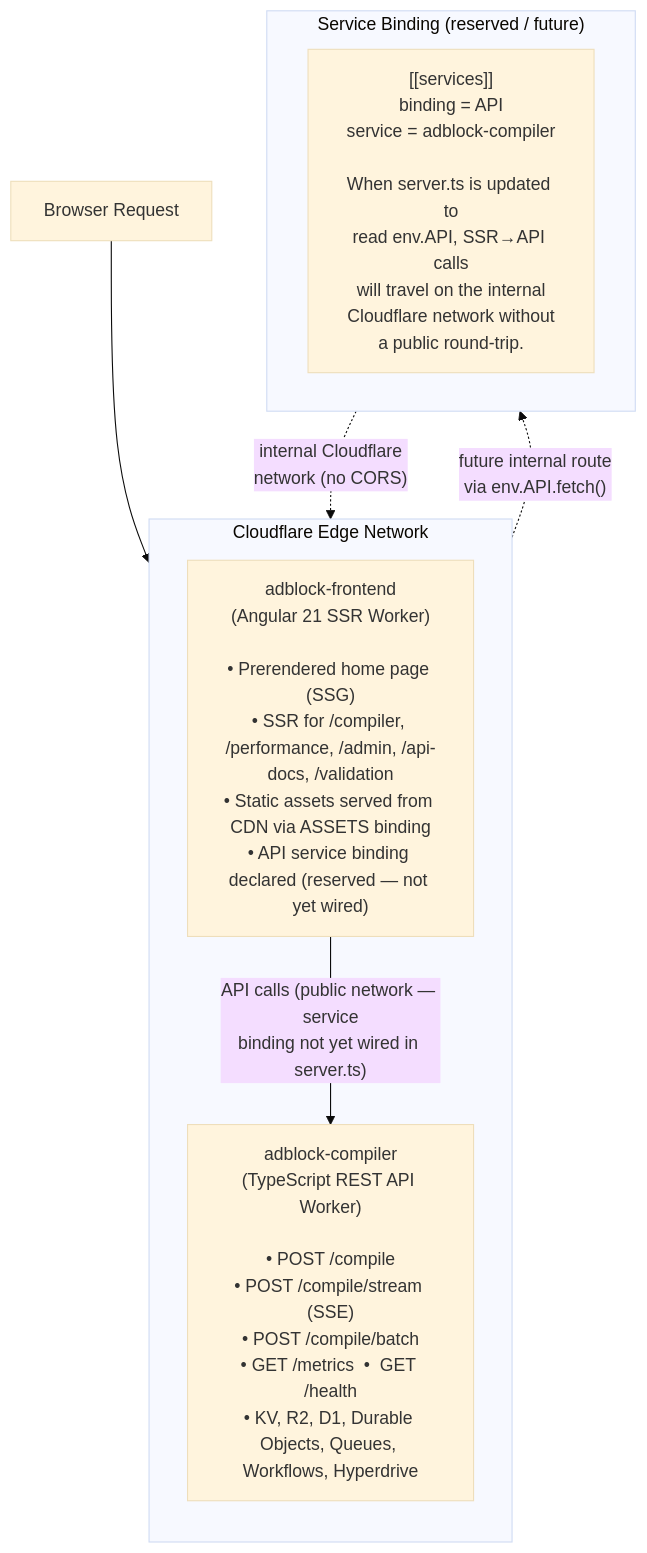
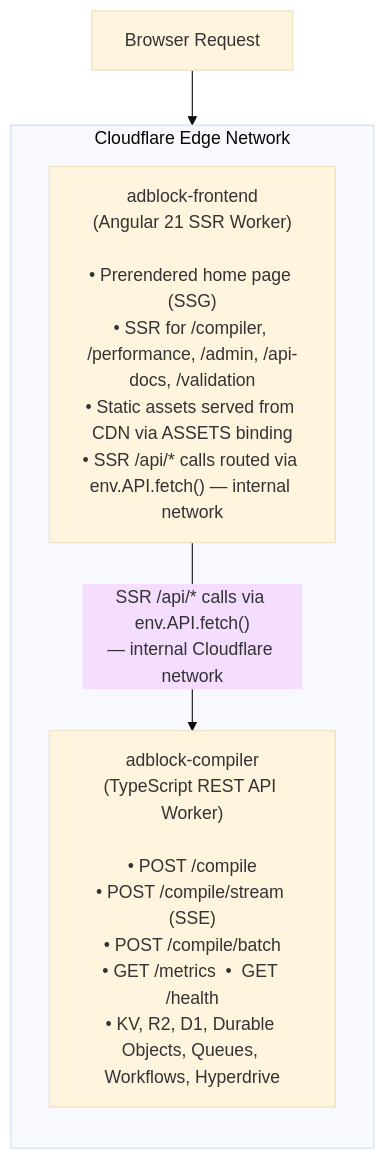
Before and after one commit to jaypatrick/adblock-compiler: the third of 4 diagrams in docs/deployment/CLOUDFLARE_WORKERS_ARCHITECTURE.md, drawn with Mermaid (base theme). The commit also changed other lines of this file and 1 other file, not shown here.

First line of the commit message:
fix: update stale service binding docs and add dev services override in wrangler.toml

````diff
--- a/docs/deployment/CLOUDFLARE_WORKERS_ARCHITECTURE.md
+++ b/docs/deployment/CLOUDFLARE_WORKERS_ARCHITECTURE.md
@@ -118,19 +130,11 @@
 ```mermaid
 flowchart TD
     BROWSER["Browser Request"] --> EDGE
 
     subgraph EDGE["Cloudflare Edge Network"]
         direction TB
-        FRONTEND["adblock-frontend\n(Angular 21 SSR Worker)\n\n• Prerendered home page (SSG)\n• SSR for /compiler, /performance, /admin, /api-docs, /validation\n• Static assets served from CDN via ASSETS binding\n• API service binding declared (reserved — not yet wired)"]
-        FRONTEND -->|"API calls (public network — service\nbinding not yet wired in server.ts)"| BACKEND
+        FRONTEND["adblock-frontend\n(Angular 21 SSR Worker)\n\n• Prerendered home page (SSG)\n• SSR for /compiler, /performance, /admin, /api-docs, /validation\n• Static assets served from CDN via ASSETS binding\n• SSR /api/* calls routed via env.API.fetch() — internal network"]
+        FRONTEND -->|"SSR /api/* calls via env.API.fetch()\n— internal Cloudflare network"| BACKEND
         BACKEND["adblock-compiler\n(TypeScript REST API Worker)\n\n• POST /compile\n• POST /compile/stream (SSE)\n• POST /compile/batch\n• GET /metrics  •  GET /health\n• KV, R2, D1, Durable Objects, Queues, Workflows, Hyperdrive"]
     end
-
-    subgraph SVC["Service Binding (reserved / future)"]
-        direction LR
-        API_BINDING["[[services]]\nbinding = API\nservice = adblock-compiler\n\nWhen server.ts is updated to\nread env.API, SSR→API calls\nwill travel on the internal\nCloudflare network without\na public round-trip."]
-    end
-
-    FRONTEND -.->|"future internal route\nvia env.API.fetch()"| SVC
-    SVC -.->|"internal Cloudflare\nnetwork (no CORS)"| BACKEND
 ```
````
